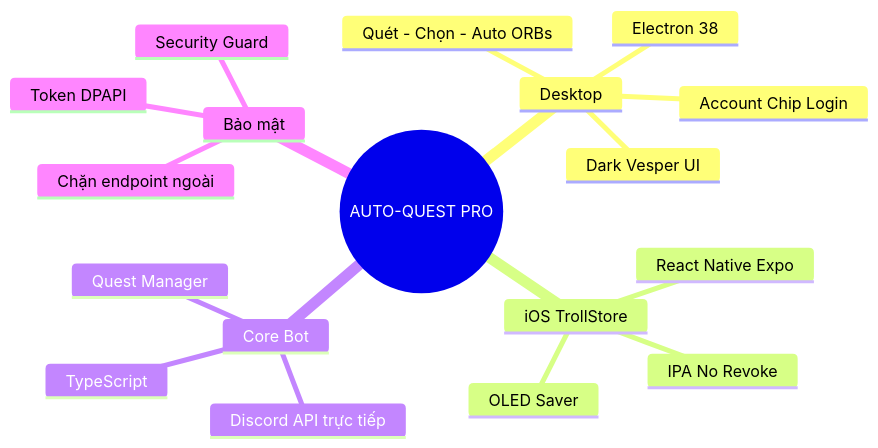
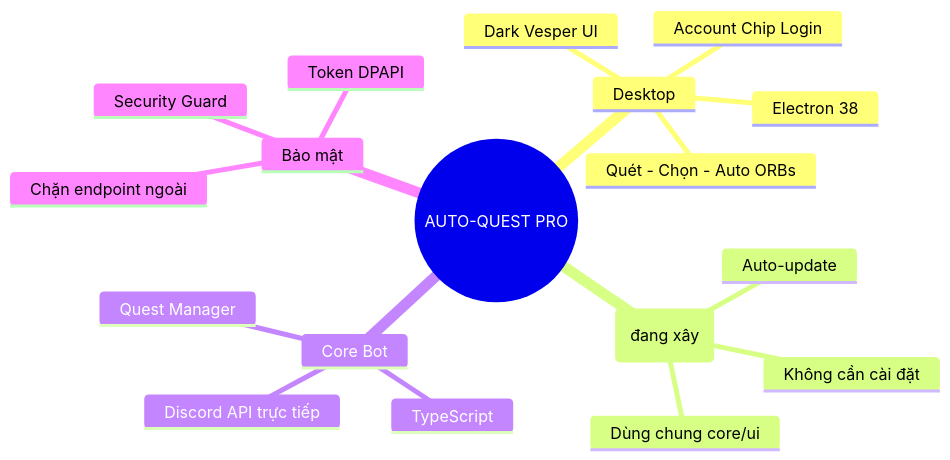
The third of 5 diagrams in README.md (duyzoz/AUTO-QUEST), drawn with Mermaid before and after one commit. The commit also changed other lines of this file and 34 other files, not shown here.

First line of the commit message:
chore: xoá mobile + build-ipa + hướng dẫn TrollStore — đích duy nhất là WEB (PWA)

````diff
--- a/README.md
+++ b/README.md
@@ -144,21 +144,21 @@
 ```mermaid
 mindmap
   root((AUTO-QUEST PRO))
     Desktop
       Electron 38
       Quét - Chọn - Auto ORBs
       Account Chip Login
       Dark Vesper UI
-    iOS TrollStore
-      React Native Expo
-      IPA No Revoke
-      OLED Saver
+    Web PWA (đang xây)
+      Dùng chung core/ui
+      Không cần cài đặt
+      Auto-update
     Core Bot
       TypeScript
       Discord API trực tiếp
       Quest Manager
     Bảo mật
       Token DPAPI
       Chặn endpoint ngoài
       Security Guard
 ```
````
